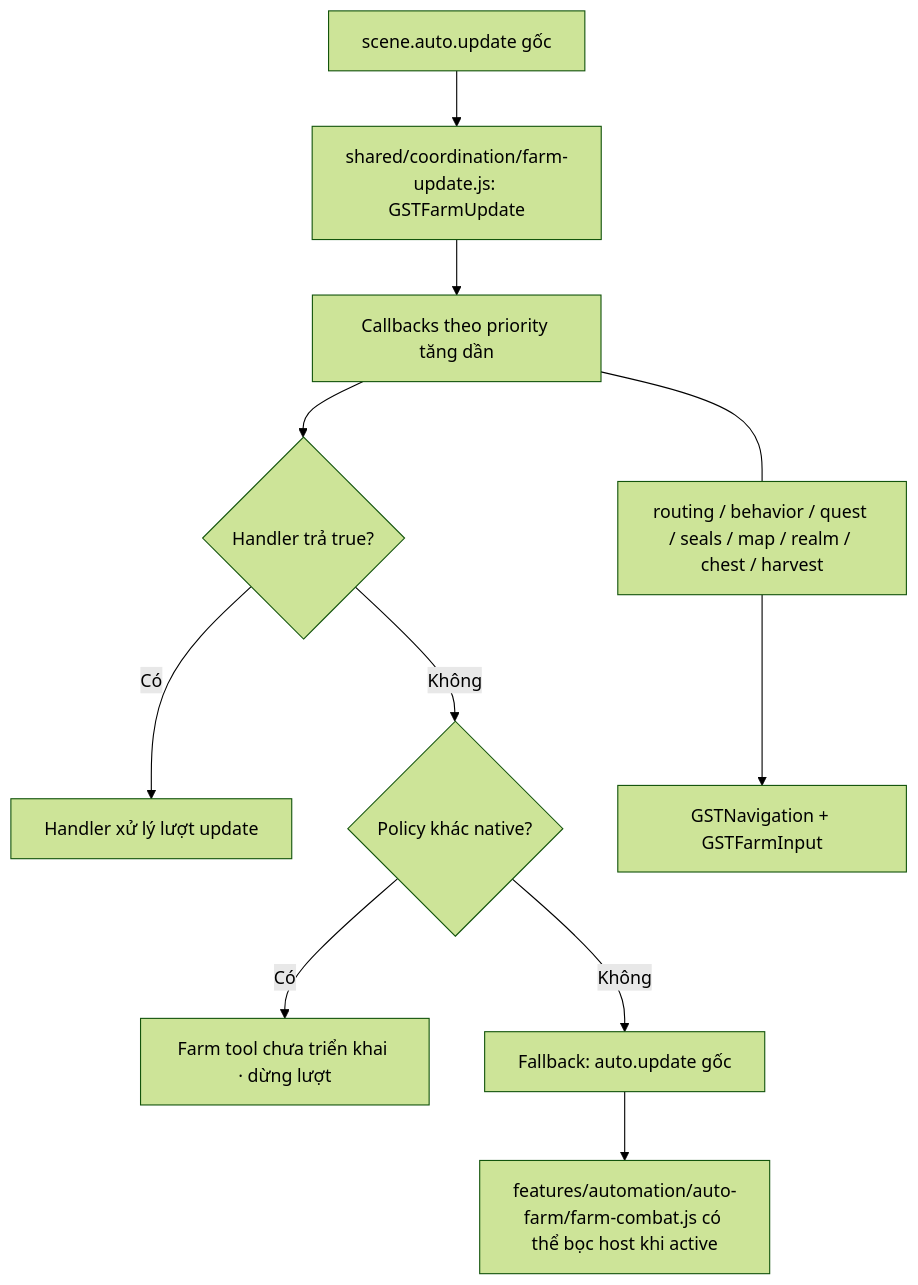
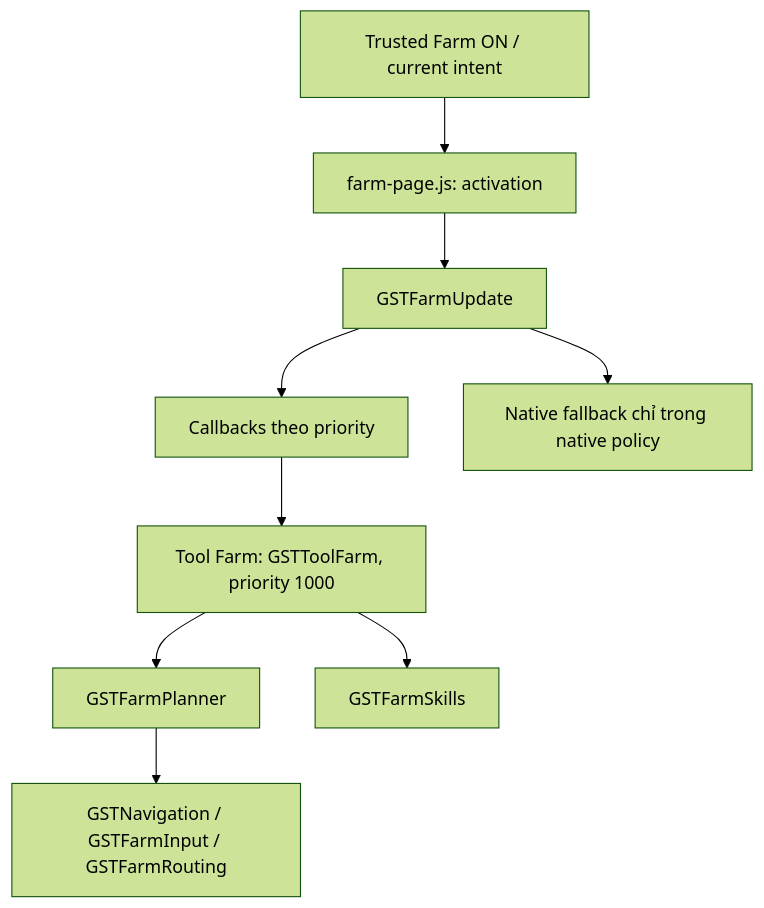
The second of 2 diagrams in CODEGRAPH.md (Vibe-Milk/game-speed-tester), drawn with Mermaid (forest theme) before and after one commit. The commit also changed other lines of this file and 2 other files, not shown here.

Commit message:
docs: streamline current README and CodeGraph

````diff
--- a/CODEGRAPH.md
+++ b/CODEGRAPH.md
@@ -71,13 +72,11 @@
 ```mermaid
 flowchart TD
-  G["scene.auto.update gốc"] --> D["shared/coordination/farm-update.js: GSTFarmUpdate"]
-  D --> H["Callbacks theo priority tăng dần"]
-  H --> T{"Handler trả true?"}
-  T -- Có --> O["Handler xử lý lượt update"]
-  T -- Không --> P{"Policy khác native?"}
-  P -- Có --> X["Farm tool chưa triển khai · dừng lượt"]
-  P -- Không --> N["Fallback: auto.update gốc"]
-  N --> C["features/automation/auto-farm/farm-combat.js có thể bọc host khi active"]
-  H --- F["routing / behavior / quest / seals / map / realm / chest / harvest"]
-  F --> V["GSTNavigation + GSTFarmInput"]
+  A["Trusted Farm ON / current intent"] --> F["farm-page.js: activation"]
+  F --> D["GSTFarmUpdate"]
+  D --> O["Callbacks theo priority"]
+  O --> T["Tool Farm: GSTToolFarm, priority 1000"]
+  T --> PL["GSTFarmPlanner"]
+  T --> SK["GSTFarmSkills"]
+  D --> N["Native fallback chỉ trong native policy"]
+  PL --> NAV["GSTNavigation / GSTFarmInput / GSTFarmRouting"]
 ```
````
